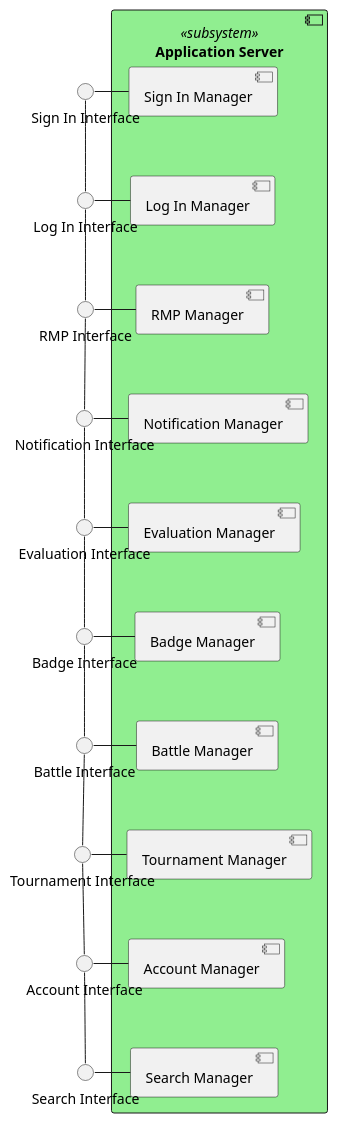
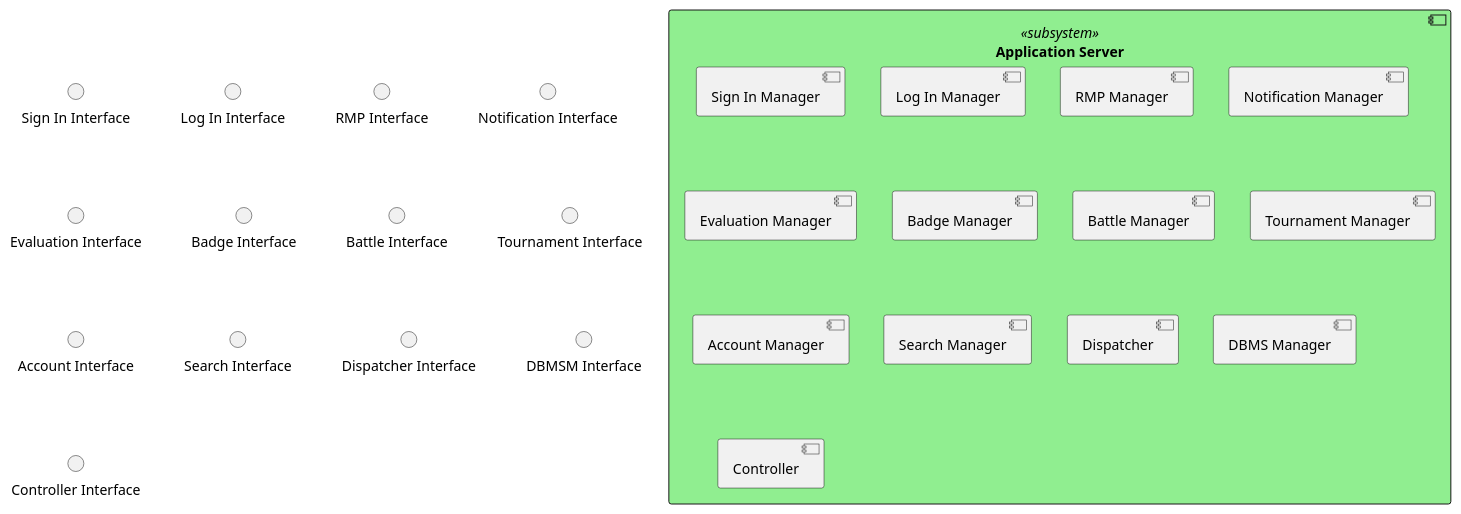
Before and after one commit to Angelo7672/SE2_Requirement-and-Design-Document: the diagram in _DD/Images/componentDiagrams/componentDiagramApplicationServer.wsd, drawn with PlantUML. The commit also changed 6 other files, not shown here.

Commit message:
sequence and component update

```diff
--- a/_DD/Images/componentDiagrams/componentDiagramApplicationServer.wsd
+++ b/_DD/Images/componentDiagrams/componentDiagramApplicationServer.wsd
@@ -1,56 +1,69 @@
 @startuml
 
 component "Application Server" as AppServer <<subsystem>> #LightGreen{
     component "Sign In Manager"
     component "Log In Manager"
     component "RMP Manager"
     component "Notification Manager"
     component "Evaluation Manager"
     component "Badge Manager"
     component "Battle Manager"
     component "Tournament Manager"
     component "Account Manager"
     component "Search Manager"
+    component "Dispatcher"    
+    component "DBMS Manager"
+    component "Controller"
 }
-[Sign In Manager] -[hidden]- [Log In Manager]
-[Log In Manager] -[hidden]- [RMP Manager]
-[RMP Manager] -[hidden]- [Notification Manager]
-[Notification Manager] -[hidden]- [Evaluation Manager]
-[Evaluation Manager] -[hidden]- [Badge Manager]
-[Badge Manager] -[hidden]- [Battle Manager]
-[Battle Manager] -[hidden]- [Tournament Manager]
-[Tournament Manager] -[hidden]- [Account Manager]
-[Account Manager] -[hidden]- [Search Manager]
+'[Sign In Manager] -[hidden] [Log In Manager]
+'[Log In Manager] -[hidden] [RMP Manager]
+'[RMP Manager] -[hidden] [Notification Manager]
+'[Notification Manager] -[hidden] [Dispatcher]
+'[Dispatcher] -[hidden] [Evaluation Manager]
+'[Evaluation Manager] -[hidden] [Badge Manager]
+'[Badge Manager] -[hidden] [Battle Manager]
+'[Battle Manager] -[hidden] [Tournament Manager]
+'[Tournament Manager] -[hidden] [Account Manager]
+'[Account Manager] -[hidden]- [Search Manager]
+'[DBMS Manager] -[hidden]- [Sign In Manager]
 
 interface "Sign In Interface"
-[Sign In Interface] - [Sign In Manager]
+'[Sign In Interface] - [Sign In Manager]
 interface "Log In Interface"
-[Log In Interface] - [Log In Manager]
+'[Log In Interface] - [Log In Manager]
 interface "RMP Interface"
-[RMP Interface] - [RMP Manager]
+'[RMP Interface] - [RMP Manager]
 interface "Notification Interface"
-[Notification Interface] - [Notification Manager]
+'[Notification Interface] - [Notification Manager]
 interface "Evaluation Interface"
-[Evaluation Interface] - [Evaluation Manager]
+'[Evaluation Interface] - [Evaluation Manager]
 interface "Badge Interface"
-[Badge Interface] - [Badge Manager]
+'[Badge Interface] - [Badge Manager]
 interface "Battle Interface"
-[Battle Interface] - [Battle Manager]
+'[Battle Interface] - [Battle Manager]
 interface "Tournament Interface"
-[Tournament Interface] - [Tournament Manager]
+'[Tournament Interface] - [Tournament Manager]
 interface "Account Interface"
-[Account Interface] - [Account Manager]
+'[Account Interface] - [Account Manager]
 interface "Search Interface"
-[Search Interface] - [Search Manager]
+'[Search Interface] - [Search Manager]
+interface "Dispatcher Interface"
+'[Dispatcher] - [Dispatcher Interface]
+interface "DBMSM Interface"
+'[DBMSM Interface] - [DBMS Manager]
+interface "Controller Interface"
+'[Controller] - [Controller Interface]
 
-[Sign In Interface] -- [Log In Interface]
-[Log In Interface] -- [RMP Interface]
-[RMP Interface] -- [Notification Interface]
-[Notification Interface] -- [Evaluation Interface]
-[Evaluation Interface] -- [Badge Interface]
-[Badge Interface] -- [Battle Interface]
-[Battle Interface] -- [Tournament Interface]
-[Tournament Interface] -- [Account Interface]
-[Account Interface] -- [Search Interface]
+'[Sign In Interface] -- [Log In Interface]
+'[Log In Interface] -- [RMP Interface]
+'[RMP Interface] -- [Notification Interface]
+'[Notification Interface] -- [Dispatcher Interface]
+'[Dispatcher Interface] -- [Evaluation Interface]
+'[Evaluation Interface] -- [Badge Interface]
+'[Badge Interface] -- [Battle Interface]
+'[Battle Interface] -- [Tournament Interface]
+'[Tournament Interface] -- [Account Interface]
+'[Account Interface] -- [Search Interface]
+'[DBMSM Interface] -- [Sign In Interface]
 
 @enduml
```
